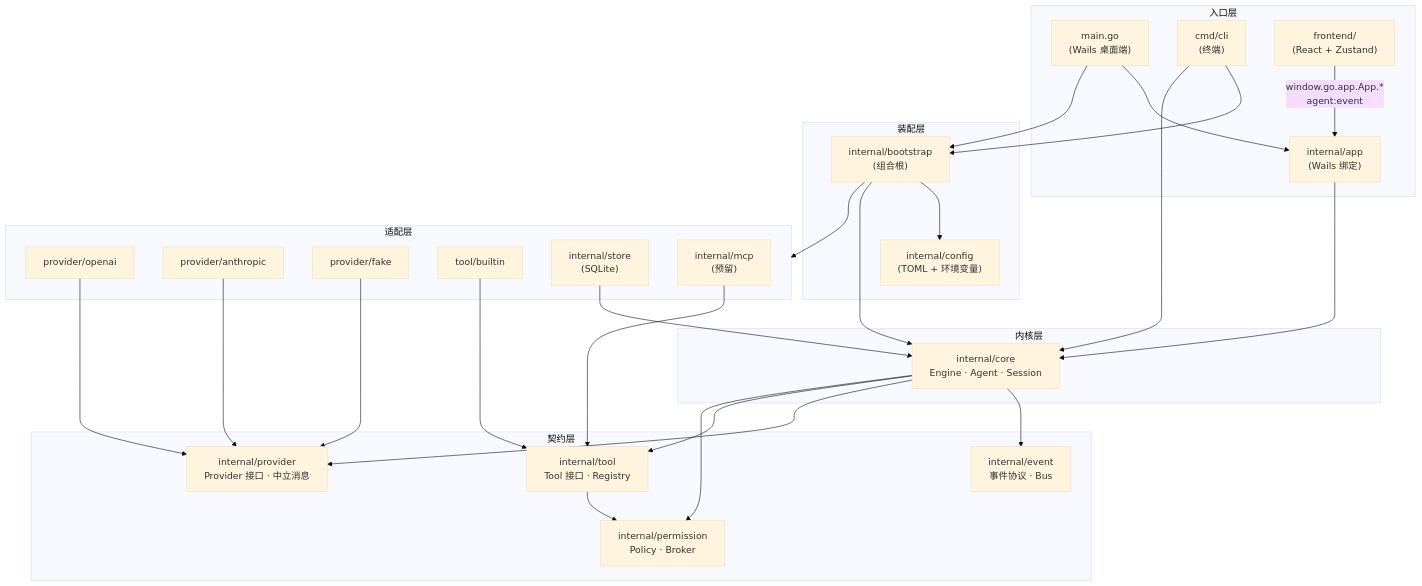
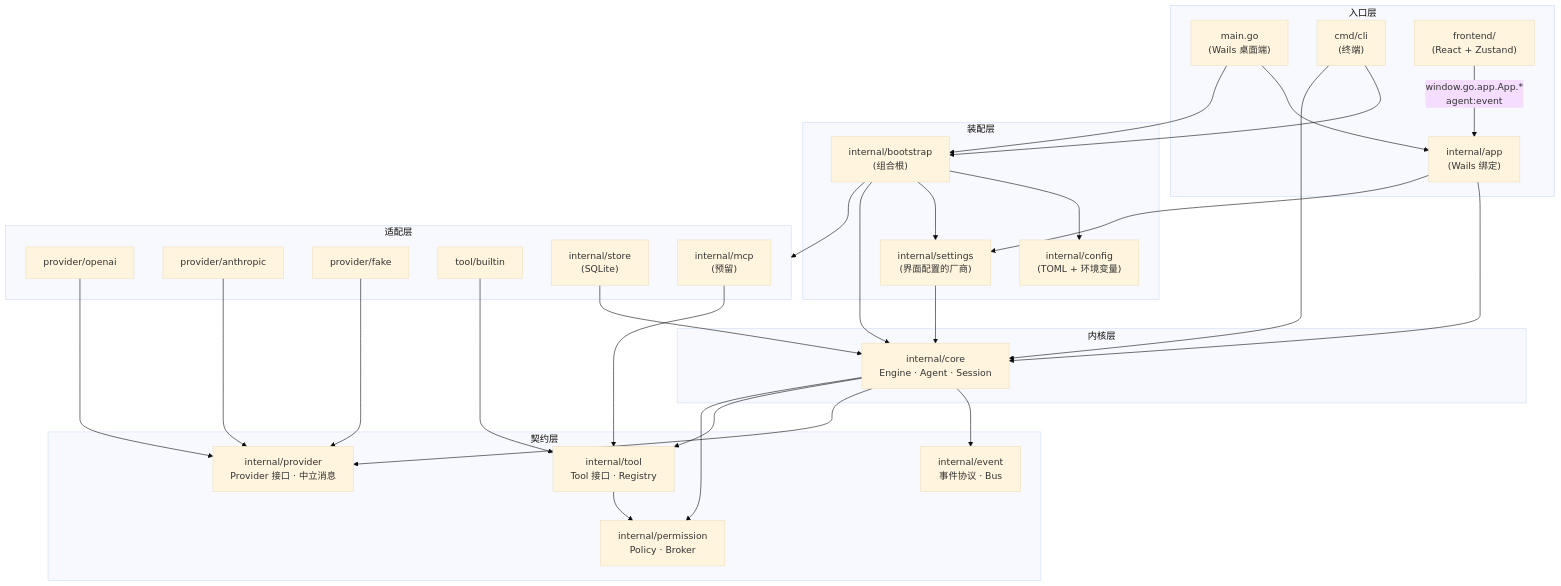
Before and after one commit to crazyjums/mosaic: the first of 2 diagrams in docs/architecture.md, drawn with Mermaid (base theme). The commit also changed other lines of this file and 4 other files, not shown here.

````diff
--- a/docs/architecture.md
+++ b/docs/architecture.md
@@ -9,55 +9,59 @@
 ```mermaid
 flowchart TB
     subgraph Entry["入口层"]
         MAIN["main.go<br/>(Wails 桌面端)"]
         CLI["cmd/cli<br/>(终端)"]
         APP["internal/app<br/>(Wails 绑定)"]
         FE["frontend/<br/>(React + Zustand)"]
     end
 
     subgraph Assembly["装配层"]
         BOOT["internal/bootstrap<br/>(组合根)"]
         CFG["internal/config<br/>(TOML + 环境变量)"]
+        SET["internal/settings<br/>(界面配置的厂商)"]
     end
 
     subgraph Adapters["适配层"]
         OAI["provider/openai"]
         ANT["provider/anthropic"]
         FAKE["provider/fake"]
         BUILTIN["tool/builtin"]
         STORE["internal/store<br/>(SQLite)"]
         MCP["internal/mcp<br/>(预留)"]
     end
 
     subgraph Kernel["内核层"]
         CORE["internal/core<br/>Engine · Agent · Session"]
     end
 
     subgraph Contracts["契约层"]
         EVENT["internal/event<br/>事件协议 · Bus"]
         PROV["internal/provider<br/>Provider 接口 · 中立消息"]
         TOOL["internal/tool<br/>Tool 接口 · Registry"]
         PERM["internal/permission<br/>Policy · Broker"]
     end
 
     FE -- "window.go.app.App.*<br/>agent:event" --> APP
     MAIN --> APP
     MAIN --> BOOT
     CLI --> BOOT
     APP --> CORE
     CLI --> CORE
     BOOT --> CFG
+    BOOT --> SET
+    APP --> SET
+    SET --> CORE
     BOOT --> CORE
     BOOT --> Adapters
     STORE --> CORE
     OAI --> PROV
     ANT --> PROV
     FAKE --> PROV
     BUILTIN --> TOOL
     MCP --> TOOL
     CORE --> EVENT
     CORE --> PROV
     CORE --> TOOL
     CORE --> PERM
     TOOL --> PERM
 ```
````
